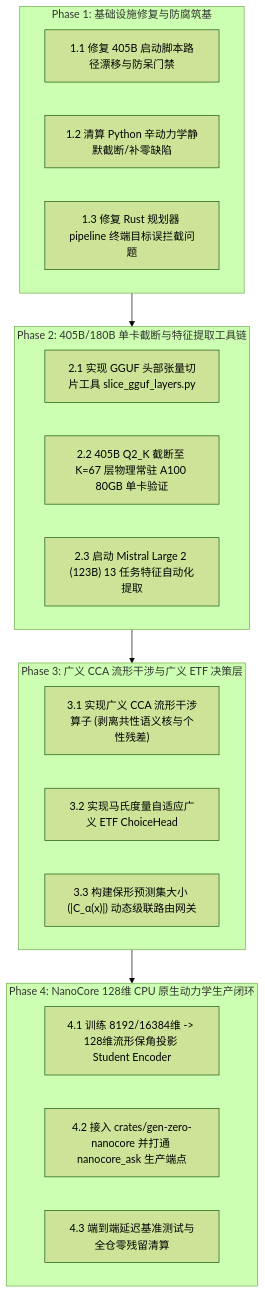
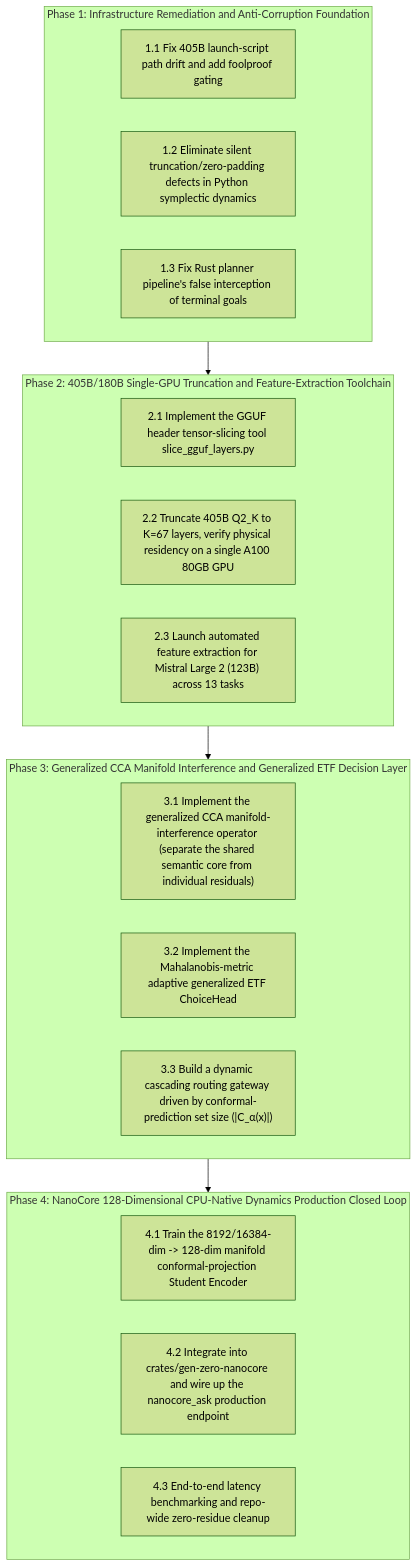
The diagram in docs/architecture/260927-dense-fleet-implementation-plan.md (xmond/gen-zero), drawn with Mermaid (forest theme) before and after one commit. The commit also changed other lines of this file and 46 other files, not shown here.

````diff
--- a/docs/architecture/260927-dense-fleet-implementation-plan.md
+++ b/docs/architecture/260927-dense-fleet-implementation-plan.md
@@ -36,30 +36,30 @@
 ```mermaid
 flowchart TD
-    subgraph Phase1["Phase 1: 基础设施修复与防腐筑基"]
-        P1_1["1.1 修复 405B 启动脚本路径漂移与防呆门禁"]
-        P1_2["1.2 清算 Python 辛动力学静默截断/补零缺陷"]
-        P1_3["1.3 修复 Rust 规划器 pipeline 终端目标误拦截问题"]
+    subgraph Phase1["Phase 1: Infrastructure Remediation and Anti-Corruption Foundation"]
+        P1_1["1.1 Fix 405B launch-script path drift and add foolproof gating"]
+        P1_2["1.2 Eliminate silent truncation/zero-padding defects in Python symplectic dynamics"]
+        P1_3["1.3 Fix Rust planner pipeline's false interception of terminal goals"]
     end
 
-    subgraph Phase2["Phase 2: 405B/180B 单卡截断与特征提取工具链"]
-        P2_1["2.1 实现 GGUF 头部张量切片工具 slice_gguf_layers.py"]
-        P2_2["2.2 405B Q2_K 截断至 K=67 层物理常驻 A100 80GB 单卡验证"]
-        P2_3["2.3 启动 Mistral Large 2 (123B) 13 任务特征自动化提取"]
+    subgraph Phase2["Phase 2: 405B/180B Single-GPU Truncation and Feature-Extraction Toolchain"]
+        P2_1["2.1 Implement the GGUF header tensor-slicing tool slice_gguf_layers.py"]
+        P2_2["2.2 Truncate 405B Q2_K to K=67 layers, verify physical residency on a single A100 80GB GPU"]
+        P2_3["2.3 Launch automated feature extraction for Mistral Large 2 (123B) across 13 tasks"]
     end
 
-    subgraph Phase3["Phase 3: 广义 CCA 流形干涉与广义 ETF 决策层"]
-        P3_1["3.1 实现广义 CCA 流形干涉算子 (剥离共性语义核与个性残差)"]
-        P3_2["3.2 实现马氏度量自适应广义 ETF ChoiceHead"]
-        P3_3["3.3 构建保形预测集大小 (|C_α(x)|) 动态级联路由网关"]
+    subgraph Phase3["Phase 3: Generalized CCA Manifold Interference and Generalized ETF Decision Layer"]
+        P3_1["3.1 Implement the generalized CCA manifold-interference operator (separate the shared semantic core from individual residuals)"]
+        P3_2["3.2 Implement the Mahalanobis-metric adaptive generalized ETF ChoiceHead"]
+        P3_3["3.3 Build a dynamic cascading routing gateway driven by conformal-prediction set size (|C_α(x)|)"]
     end
 
-    subgraph Phase4["Phase 4: NanoCore 128维 CPU 原生动力学生产闭环"]
-        P4_1["4.1 训练 8192/16384维 -> 128维流形保角投影 Student Encoder"]
-        P4_2["4.2 接入 crates/gen-zero-nanocore 并打通 nanocore_ask 生产端点"]
-        P4_3["4.3 端到端延迟基准测试与全仓零残留清算"]
+    subgraph Phase4["Phase 4: NanoCore 128-Dimensional CPU-Native Dynamics Production Closed Loop"]
+        P4_1["4.1 Train the 8192/16384-dim -> 128-dim manifold conformal-projection Student Encoder"]
+        P4_2["4.2 Integrate into crates/gen-zero-nanocore and wire up the nanocore_ask production endpoint"]
+        P4_3["4.3 End-to-end latency benchmarking and repo-wide zero-residue cleanup"]
     end
 
     Phase1 --> Phase2
     Phase2 --> Phase3
     Phase3 --> Phase4
 ```
````
